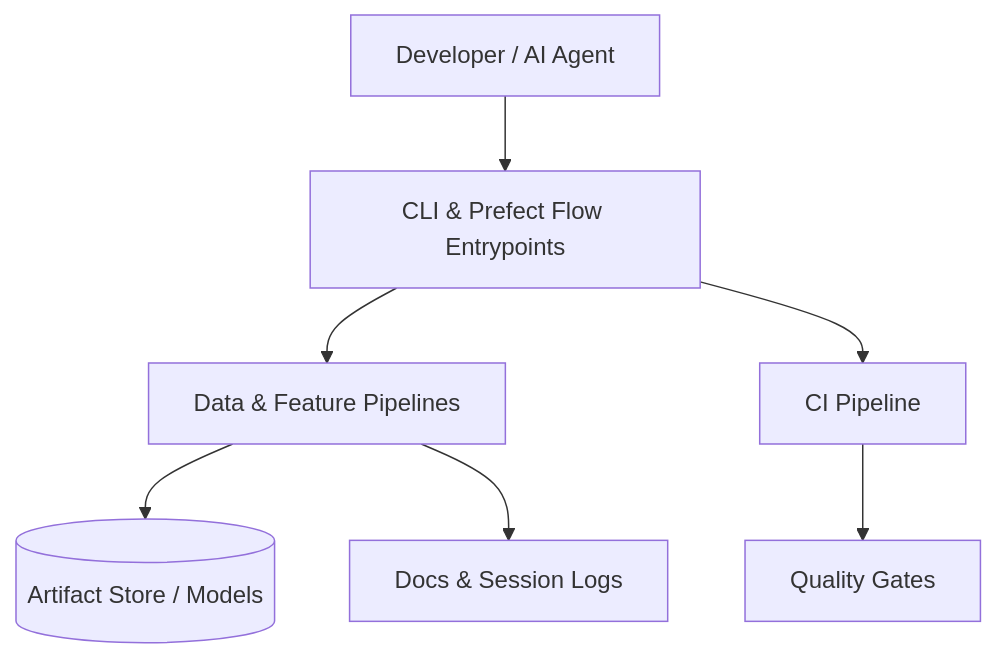
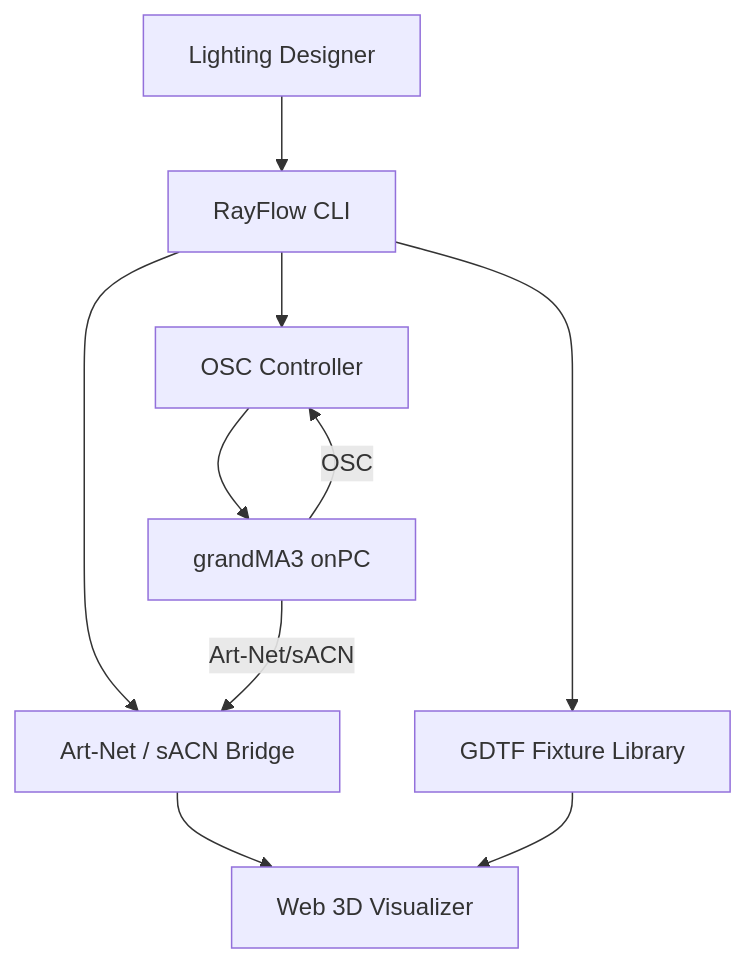
Before and after one commit to connorkitchings/rayflow: the diagram in docs/project_charter.md, drawn with Mermaid. The commit also changed other lines of this file and 180 other files, not shown here.

First line of the commit message:
chore: complete RayFlow migration — AI docs, Phases 1-4, and template cleanup

````diff
--- a/docs/project_charter.md
+++ b/docs/project_charter.md
@@ -82,9 +88,12 @@
 ```mermaid
 graph TD
-    Dev[Developer / AI Agent] --> CLI[CLI & Prefect Flow Entrypoints]
-    CLI --> PIPE[Data & Feature Pipelines]
-    PIPE --> ART[(Artifact Store / Models)]
-    PIPE --> DOCS[Docs & Session Logs]
-    CLI --> CI[CI Pipeline]
-    CI --> BADGE[Quality Gates]
+    User[Lighting Designer] --> CLI[RayFlow CLI]
+    CLI --> Bridge[Art-Net / sACN Bridge]
+    CLI --> OSC[OSC Controller]
+    Bridge --> Viz[Web 3D Visualizer]
+    OSC --> MA3[grandMA3 onPC]
+    MA3 -->|Art-Net/sACN| Bridge
+    MA3 -->|OSC| OSC
+    CLI --> GDTF[GDTF Fixture Library]
+    GDTF --> Viz
 ```
````
